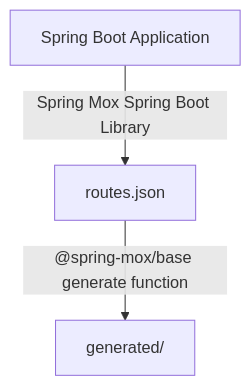
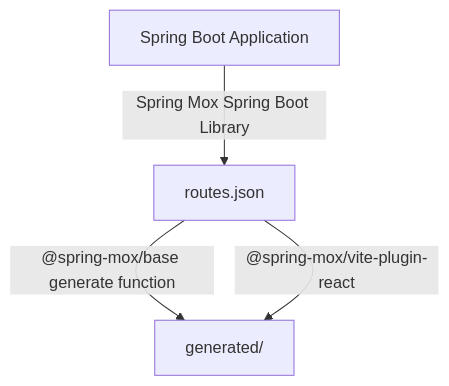
The diagram in README.md (0xaa55h/spring-mox), drawn with Mermaid before and after one commit. The commit also changed other lines of this file, not shown here.

````diff
--- a/README.md
+++ b/README.md
@@ -12,5 +12,6 @@
 ```mermaid
 flowchart TD
     A[Spring Boot Application] --> |Spring Mox Spring Boot Library| B[routes.json]
     B --> | @spring-mox/base generate function | C[generated/]
+    B --> | @spring-mox/vite-plugin-react | C
 ```
````
